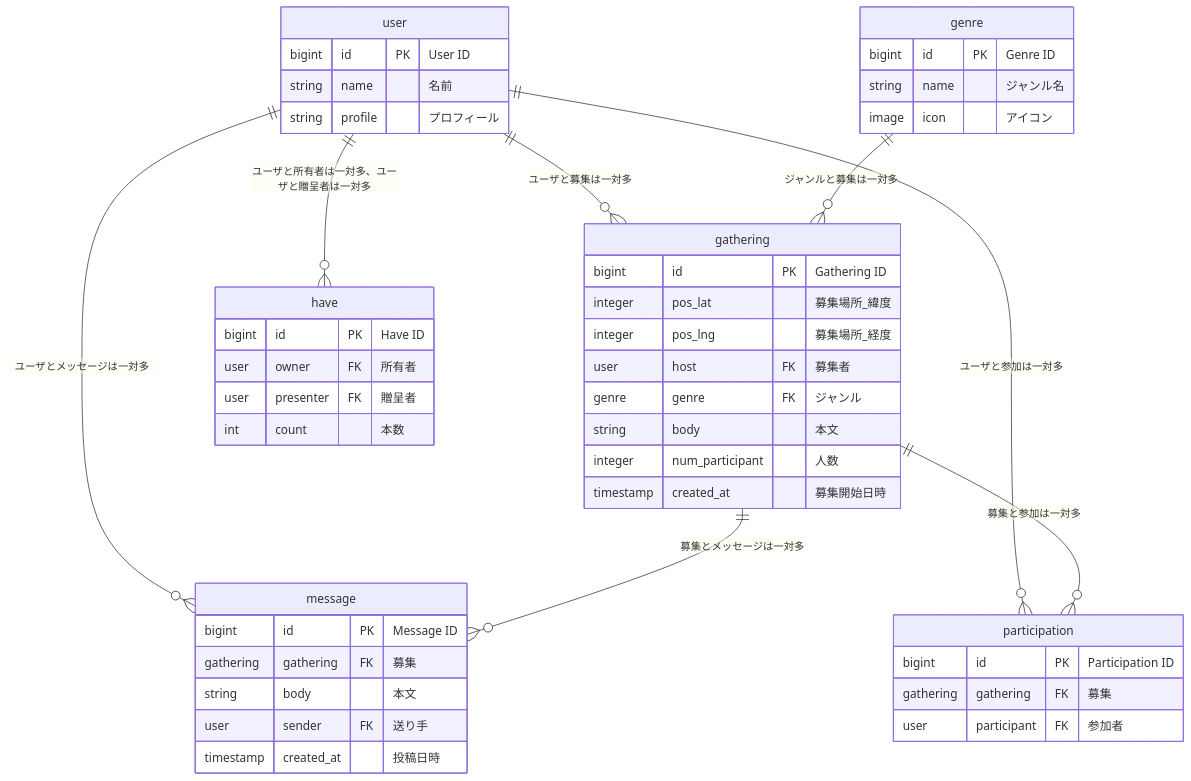
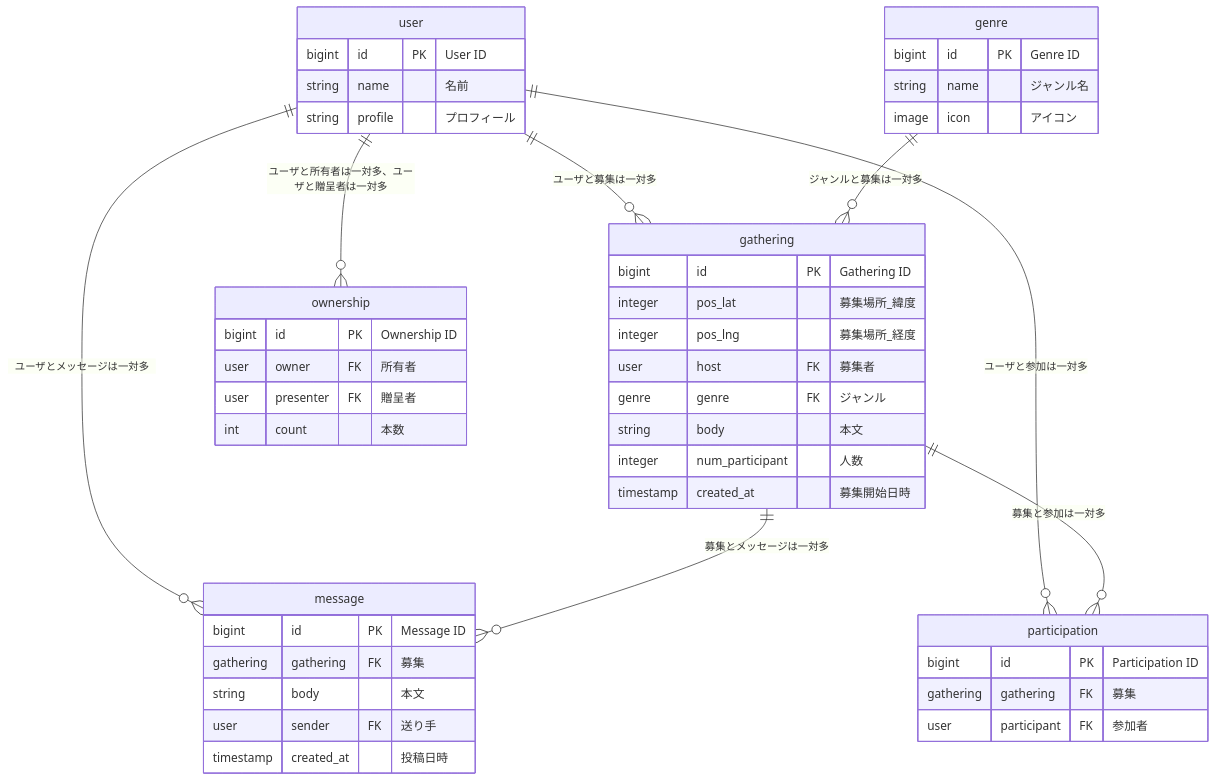
Before and after one commit to team-yurubo/yuruboo: the diagram in README.md, drawn with Mermaid.

Commit message:
スキーマ"have"をownershipに変更

````diff
--- a/README.md
+++ b/README.md
@@ -5,54 +5,54 @@
 ```mermaid
 erDiagram
   user ||--o{ gathering : "ユーザと募集は一対多"
   user ||--o{ message : "ユーザとメッセージは一対多"
   user ||--o{ participation : "ユーザと参加は一対多"
-  user ||--o{ have : "ユーザと所有者は一対多、ユーザと贈呈者は一対多"
+  user ||--o{ ownership : "ユーザと所有者は一対多、ユーザと贈呈者は一対多"
   genre ||--o{ gathering : "ジャンルと募集は一対多"
   gathering ||--o{ message : "募集とメッセージは一対多"
   gathering ||--o{ participation : "募集と参加は一対多"
   
   user {
     bigint id PK "User ID"
     string name "名前"
     string profile "プロフィール"
   }
 
   genre {
     bigint id PK "Genre ID"
     string name "ジャンル名"
     image icon "アイコン"
   }
 
   gathering {
     bigint id PK "Gathering ID"
     integer pos_lat "募集場所_緯度"
     integer pos_lng "募集場所_経度"
     user host FK "募集者"
     genre genre FK "ジャンル"
     string body "本文"
     integer num_participant "人数"
     timestamp created_at "募集開始日時"
   }
 
   message {
     bigint id PK "Message ID"
     gathering gathering FK "募集"
     string body "本文"
     user sender FK "送り手"
     timestamp created_at "投稿日時"
   }
 
   participation {
     bigint id PK "Participation ID"
     gathering gathering FK "募集"
     user participant FK "参加者"
   }
 
-  have {
-    bigint id PK "Have ID"
+  ownership {
+    bigint id PK "Ownership ID"
     user owner FK "所有者"
     user presenter FK "贈呈者"
     int count "本数"
   }
 ```
````
